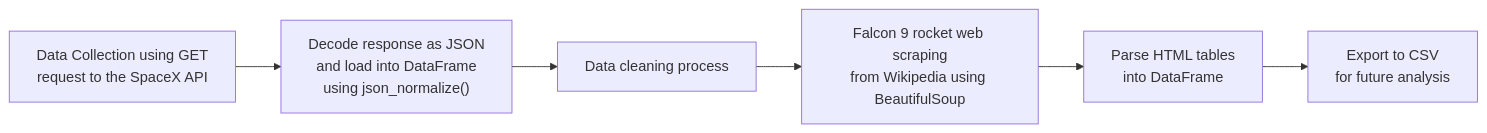
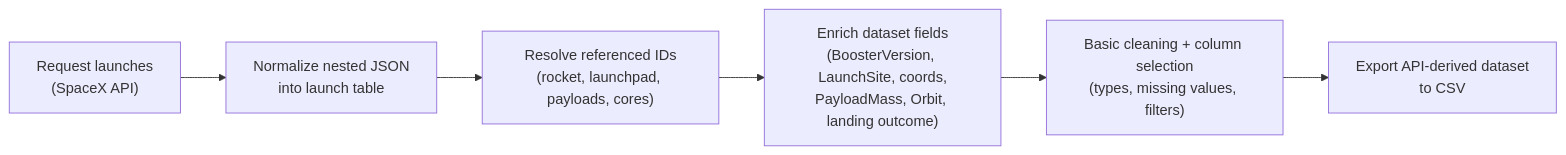
Before and after one commit to EladdadMahdi/IBM-Applied-Data-Science-Capstone: the first of 3 diagrams in README.md, drawn with Mermaid. The commit also changed other lines of this file and 14 other files, not shown here.

`````diff
--- a/README.md
+++ b/README.md
@@ -47,9 +50,10 @@
 ```mermaid
-graph LR
-    A["Data Collection using GET<br/>request to the SpaceX API"]
-        --> B["Decode response as JSON<br/>and load into DataFrame<br/>using json_normalize()"]
-        --> C["Data cleaning process"]
-        --> D["Falcon 9 rocket web scraping<br/>from Wikipedia using BeautifulSoup"]
-        --> E["Parse HTML tables<br/>into DataFrame"]
-        --> F["Export to CSV<br/>for future analysis"]
+
+   graph LR
+   A["Request launches<br/>(SpaceX API)"] --> B["Normalize nested JSON<br/>into launch table"]
+   B --> C["Resolve referenced IDs<br/>(rocket, launchpad, payloads, cores)"]
+   C --> D["Enrich dataset fields<br/>(BoosterVersion, LaunchSite, coords,<br/>PayloadMass, Orbit, landing outcome)"]
+   D --> E["Basic cleaning + column selection<br/>(types, missing values, filters)"]
+   E --> F["Export API-derived dataset<br/>to CSV"]
+
 ````
`````
